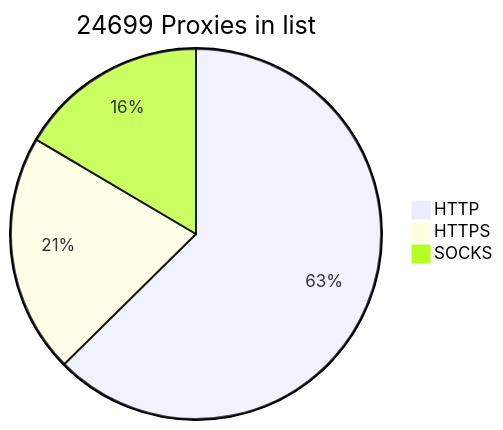
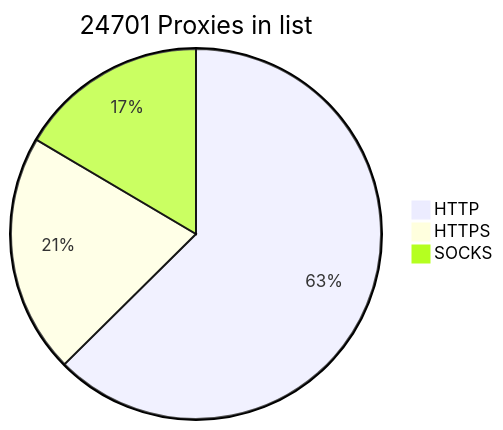
The diagram in README.md (BlackSnowDot/proxylist-update-every-minute), drawn with Mermaid before and after one commit.

````diff
--- a/README.md
+++ b/README.md
@@ -2,6 +2,6 @@
 ```mermaid
-pie title 24699 Proxies in list
-    "HTTP" : 17907
-    "HTTPS": 5982
-    "SOCKS" : 4720
+pie title 24701 Proxies in list
+    "HTTP" : 17902
+    "HTTPS": 5984
+    "SOCKS" : 4722
 ```
````
